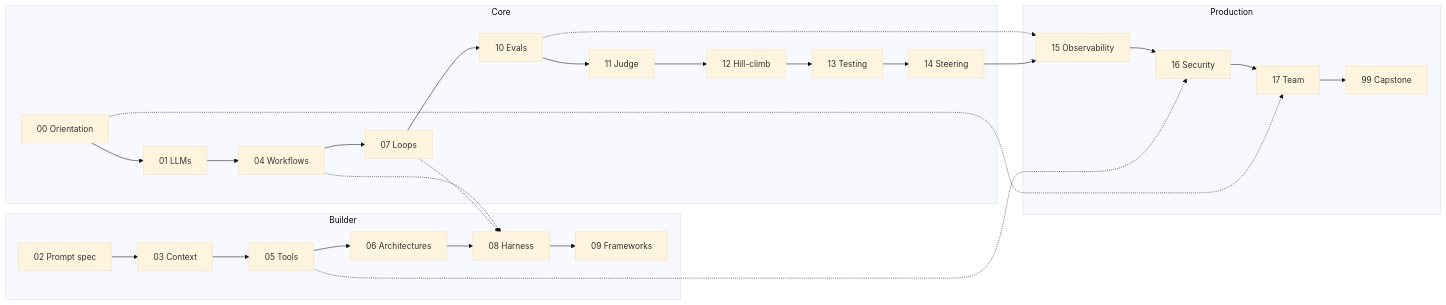
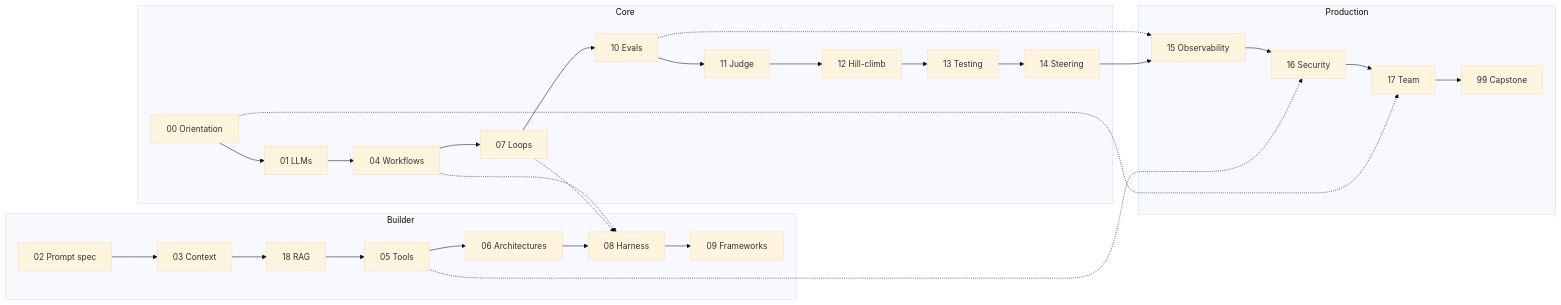
Before and after one commit to shashank-93rao/going-ai-native: the diagram in 00-orientation/06-course-map.md, drawn with Mermaid (base theme). The commit also changed other lines of this file and 82 other files, not shown here.

````diff
--- a/00-orientation/06-course-map.md
+++ b/00-orientation/06-course-map.md
@@ -43,18 +44,18 @@
 ```mermaid
 flowchart LR
   subgraph Core
     M00[00 Orientation] --> M01[01 LLMs] --> M04[04 Workflows] --> M07[07 Loops] --> M10[10 Evals] --> M11[11 Judge] --> M12[12 Hill-climb] --> M13[13 Testing] --> M14[14 Steering]
   end
   subgraph Builder
-    M02[02 Prompt spec] --> M03[03 Context] --> M05[05 Tools] --> M06[06 Architectures] --> M08[08 Harness] --> M09[09 Frameworks]
+    M02[02 Prompt spec] --> M03[03 Context] --> M18[18 RAG] --> M05[05 Tools] --> M06[06 Architectures] --> M08[08 Harness] --> M09[09 Frameworks]
   end
   subgraph Production
     M15[15 Observability] --> M16[16 Security] --> M17[17 Team] --> M99[99 Capstone]
   end
   M04 -.-> M08
   M07 -.-> M08
   M10 -.-> M15
   M05 -.-> M16
   M00 -.-> M17
   M14 --> M15
 ```
````
